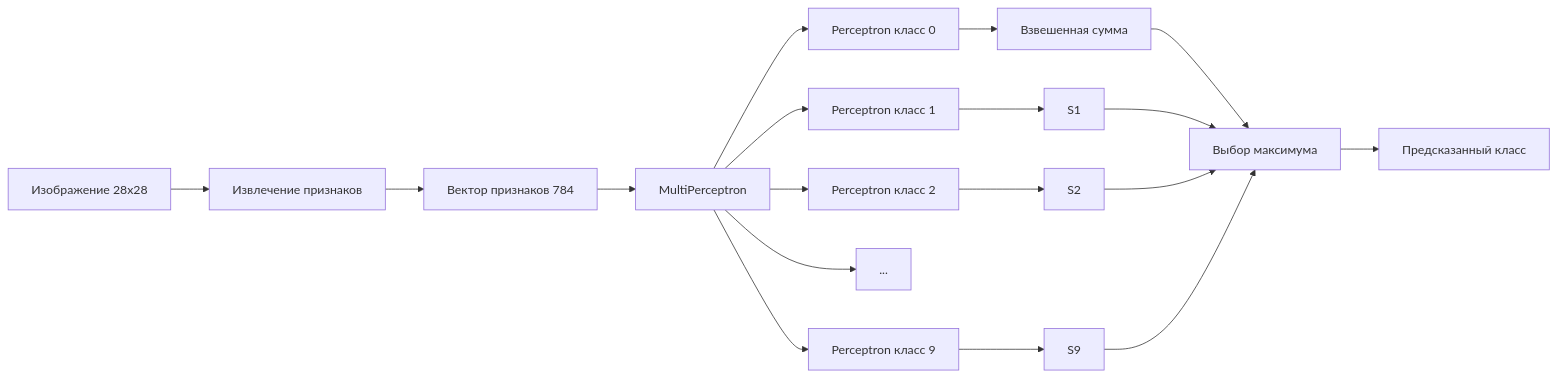
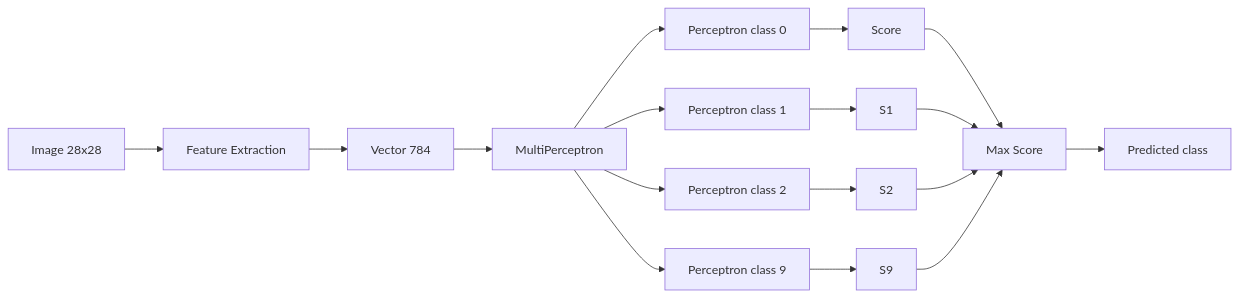
The diagram in README.md (amanzhola/perceptron-image-classifier-java), drawn with Mermaid before and after one commit. The commit also changed other lines of this file and 5 other files, not shown here.

````diff
--- a/README.md
+++ b/README.md
@@ -65,24 +145,24 @@
 ```mermaid
 flowchart LR
-    A[Изображение 28x28] --> B[Извлечение признаков]
-    B --> C[Вектор признаков 784]
+    A[Image 28x28] --> B[Feature Extraction]
+    B --> C[Vector 784]
+
     C --> D[MultiPerceptron]
 
-    D --> P0[Perceptron класс 0]
-    D --> P1[Perceptron класс 1]
-    D --> P2[Perceptron класс 2]
-    D --> P3[...]
-    D --> P9[Perceptron класс 9]
+    D --> P0[Perceptron class 0]
+    D --> P1[Perceptron class 1]
+    D --> P2[Perceptron class 2]
+    D --> P9[Perceptron class 9]
 
-    P0 --> S0[Взвешенная сумма]
+    P0 --> S0[Score]
     P1 --> S1
     P2 --> S2
     P9 --> S9
 
-    S0 --> M[Выбор максимума]
+    S0 --> M[Max Score]
     S1 --> M
     S2 --> M
     S9 --> M
 
-    M --> O[Предсказанный класс]
+    M --> O[Predicted class]
 ```
````
